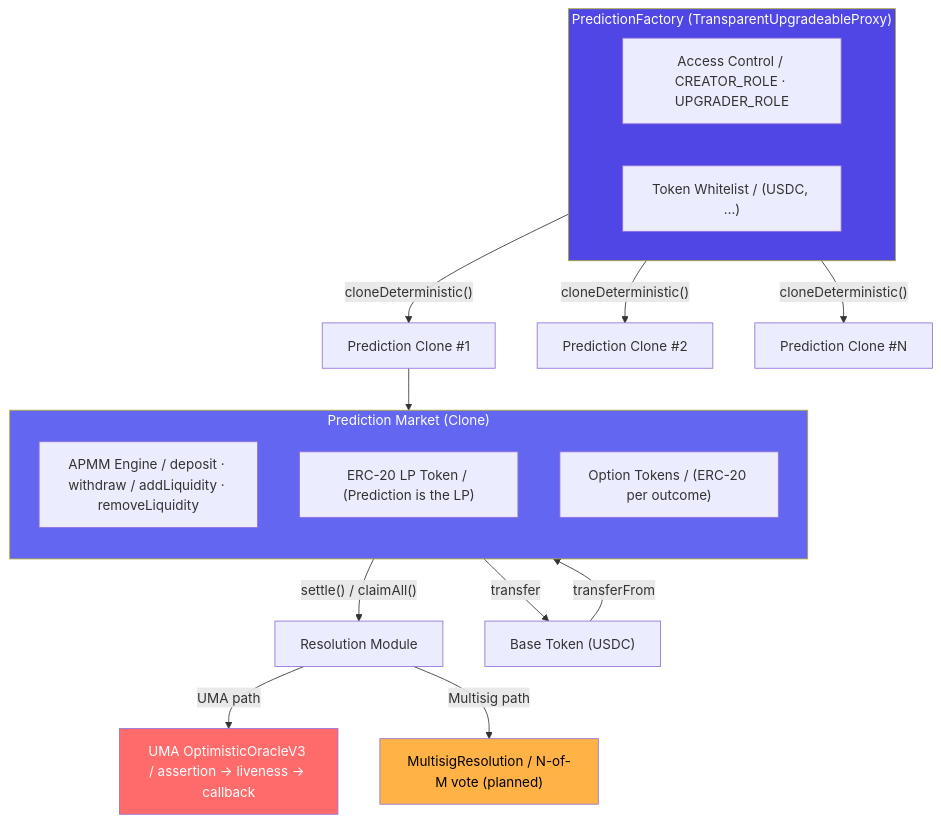
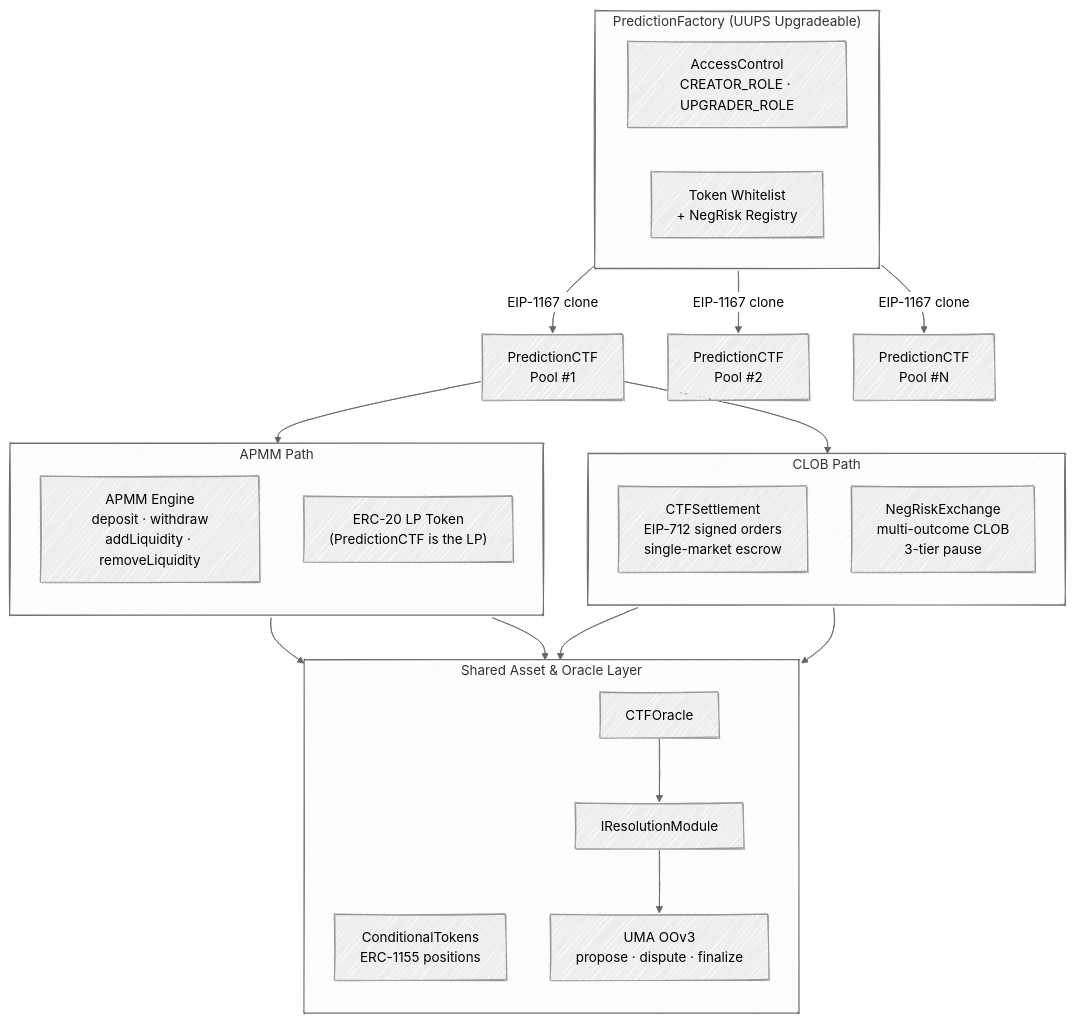
One commit to promethex2026/app-docs changed the first of 2 diagrams in contracts/overview.mdx. Above: the diagram before and after it, drawn with Mermaid. The commit also changed other lines of this file and 14 other files, not shown here.

First line of the commit message:
docs: migrate Smart Contracts tab to V2 CTF architecture

````diff
--- a/contracts/overview.mdx
+++ b/contracts/overview.mdx
@@ -36,34 +36,47 @@
 ```mermaid
+---
+config:
+  look: handDrawn
+  theme: neutral
+---
 flowchart TB
-    subgraph Factory ["PredictionFactory (TransparentUpgradeableProxy)"]
+    subgraph Factory ["PredictionFactory (UUPS Upgradeable)"]
         direction LR
- FA["Access Control / CREATOR_ROLE · UPGRADER_ROLE"]
- TW["Token Whitelist / (USDC, …)"]
+        FA["AccessControl<br/>CREATOR_ROLE · UPGRADER_ROLE"]
+        TW["Token Whitelist<br/>+ NegRisk Registry"]
     end
 
-    Factory -- "cloneDeterministic()" --> M1["Prediction Clone #1"]
-    Factory -- "cloneDeterministic()" --> M2["Prediction Clone #2"]
-    Factory -- "cloneDeterministic()" --> MN["Prediction Clone #N"]
+    Factory -- "EIP-1167 clone" --> P1["PredictionCTF<br/>Pool #1"]
+    Factory -- "EIP-1167 clone" --> P2["PredictionCTF<br/>Pool #2"]
+    Factory -- "EIP-1167 clone" --> PN["PredictionCTF<br/>Pool #N"]
 
-    subgraph Market ["Prediction Market (Clone)"]
+    subgraph APMM ["APMM Path"]
         direction TB
- APMM["APMM Engine / deposit · withdraw / addLiquidity · removeLiquidity"]
- LP["ERC-20 LP Token / (Prediction is the LP)"]
- OPT["Option Tokens / (ERC-20 per outcome)"]
+        AM["APMM Engine<br/>deposit · withdraw<br/>addLiquidity · removeLiquidity"]
+        LP["ERC-20 LP Token<br/>(PredictionCTF is the LP)"]
     end
 
-    M1 --> Market
+    subgraph CLOB ["CLOB Path"]
+        direction TB
+        CS["CTFSettlement<br/>EIP-712 signed orders<br/>single-market escrow"]
+        NR["NegRiskExchange<br/>multi-outcome CLOB<br/>3-tier pause"]
+    end
 
-    Market -- "settle() / claimAll()" --> RM["Resolution Module"]
+    P1 --> APMM
+    P1 --> CLOB
 
- RM -- "UMA path" --> UMA["UMA OptimisticOracleV3 / assertion → liveness → callback"]
- RM -- "Multisig path" --> MS["MultisigResolution / N-of-M vote (planned)"]
+    subgraph Shared ["Shared Asset & Oracle Layer"]
+        direction TB
+        CTF["ConditionalTokens<br/>ERC-1155 positions"]
+        ORC["CTFOracle"]
+        RM["IResolutionModule"]
+        UMA["UMA OOv3<br/>propose · dispute · finalize"]
+    end
 
-    BASE["Base Token (USDC)"] -- "transferFrom" --> Market
-    Market -- "transfer" --> BASE
-
-    style Factory fill:#4F46E5,color:#fff
-    style Market fill:#6366F1,color:#fff
-    style UMA fill:#FF6B6B,color:#fff
-    style MS fill:#FFB347,color:#000
+    APMM --> CTF
+    CLOB --> CTF
+    APMM --> ORC
+    CLOB --> ORC
+    ORC --> RM
+    RM --> UMA
 ```
````
